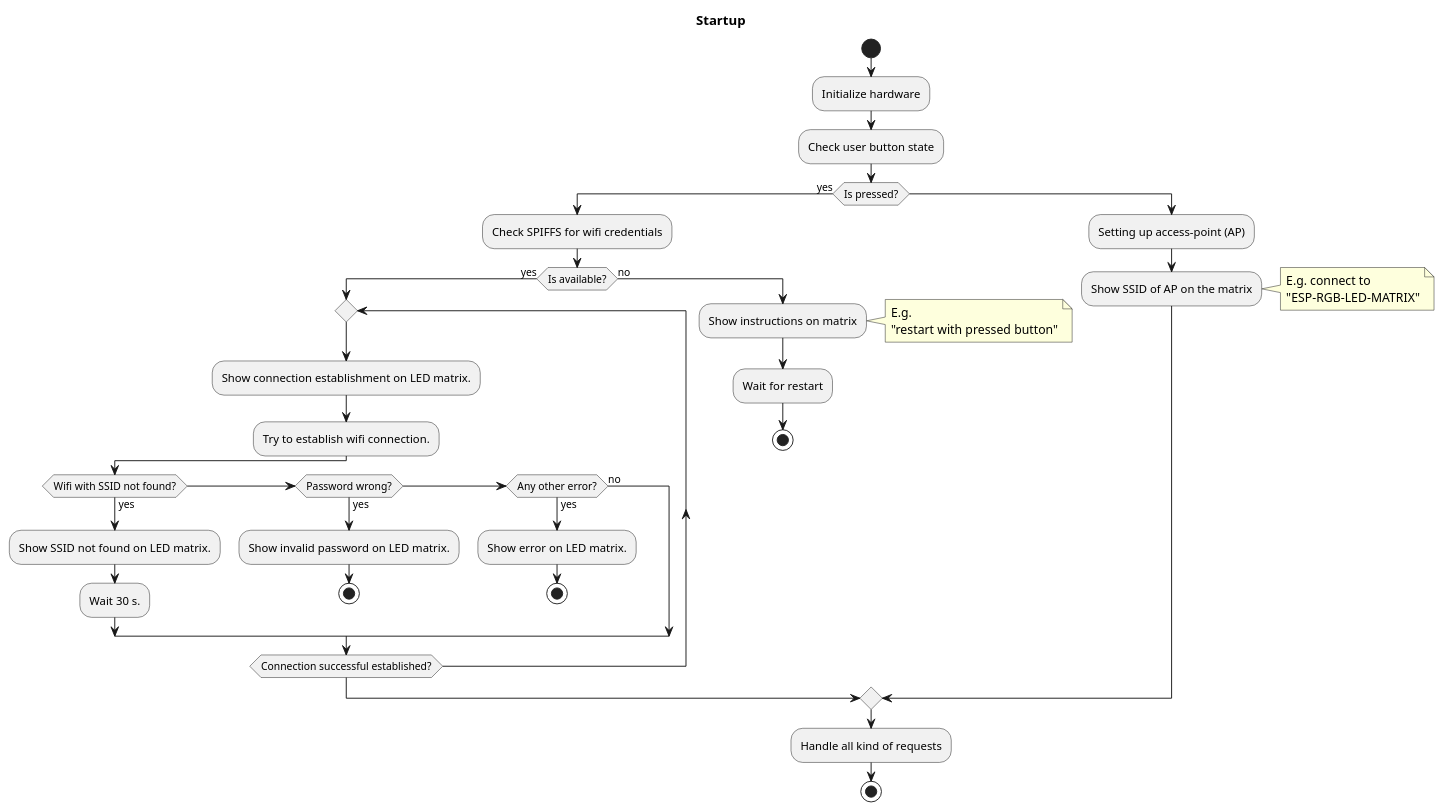
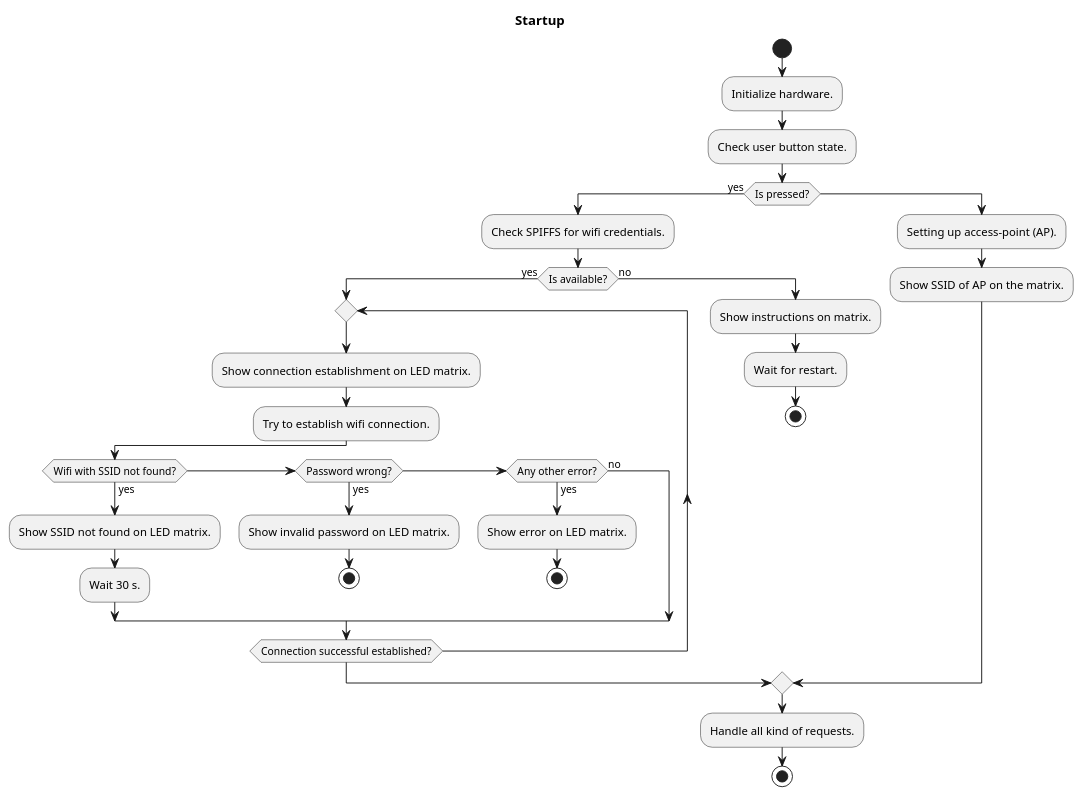
Before and after one commit to BlueAndi/Pixelix: the diagram in doc/design/startup.plantuml, drawn with PlantUML.

Commit message:
Comments removed.

```diff
--- a/doc/design/startup.plantuml
+++ b/doc/design/startup.plantuml
@@ -1,59 +1,50 @@
 @startuml
 title Startup
 
 start
-:Initialize hardware;
-:Check user button state;
+:Initialize hardware.;
+:Check user button state.;
 
 if (Is pressed?) then (yes)
 
-    :Check SPIFFS for wifi credentials;
+    :Check SPIFFS for wifi credentials.;
 
     if (Is available?) then (yes)
 
         repeat
             :Show connection establishment on LED matrix.;
             :Try to establish wifi connection.;
 
             if (Wifi with SSID not found?) then (yes)
                 :Show SSID not found on LED matrix.;
                 :Wait 30 s.;
             else if (Password wrong?) then (yes)
                 :Show invalid password on LED matrix.;
                 stop
             else if (Any other error?) then (yes)
                 :Show error on LED matrix.;
                 stop
             else (no)
             endif
 
         repeat while(Connection successful established?)
 
     else (no)
 
-        :Show instructions on matrix;
-        note right
-            E.g. 
-            "restart with pressed button"
-        end note
-
-        :Wait for restart;
+        :Show instructions on matrix.;
+        :Wait for restart.;
         stop
 
     endif
 
 else
 
-    :Setting up access-point (AP);
-    :Show SSID of AP on the matrix;
-    note right
-        E.g. connect to 
-        "ESP-RGB-LED-MATRIX"
-    end note
+    :Setting up access-point (AP).;
+    :Show SSID of AP on the matrix.;
 
 endif
 
-:Handle all kind of requests;
+:Handle all kind of requests.;
 stop
 
 @enduml
```
